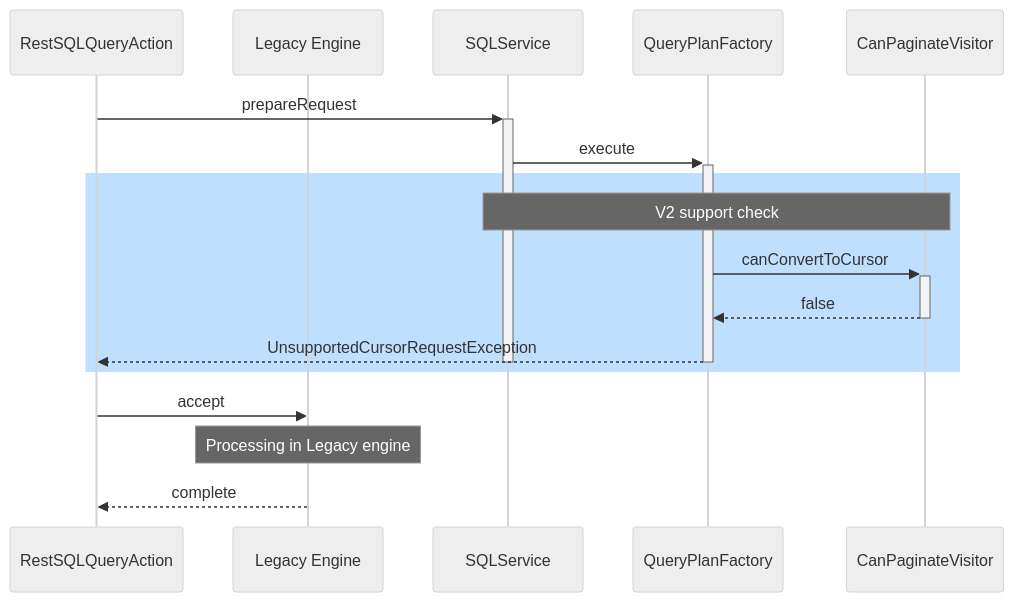
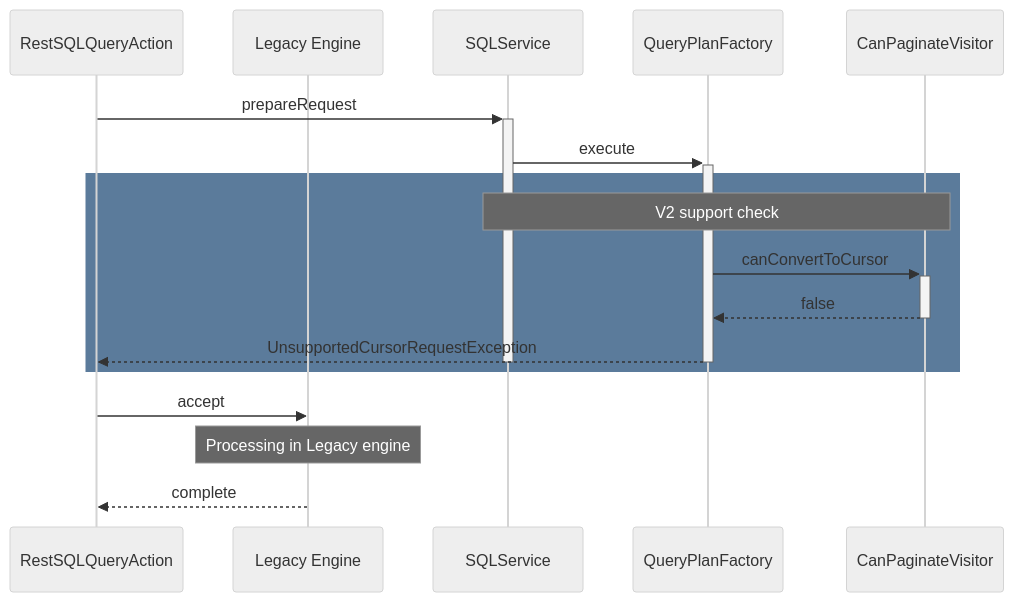
Before and after one commit to opensearch-project/sql: diagram 18 of 22 in docs/dev/Pagination-v2.md, drawn with Mermaid (neutral theme). The commit also changed other lines of this file, not shown here.

````diff
--- a/docs/dev/Pagination-v2.md
+++ b/docs/dev/Pagination-v2.md
@@ -568,21 +571,21 @@
 ```mermaid
 sequenceDiagram
     participant RestSQLQueryAction
     participant Legacy Engine
     participant SQLService
     participant QueryPlanFactory
     participant CanPaginateVisitor
 
 RestSQLQueryAction ->>+ SQLService : prepareRequest
   SQLService ->>+ QueryPlanFactory : execute
-    rect rgb(191, 223, 255)
+    rect rgb(91, 123, 155)
     note over SQLService, CanPaginateVisitor : V2 support check
     QueryPlanFactory ->>+ CanPaginateVisitor : canConvertToCursor
       CanPaginateVisitor -->>- QueryPlanFactory : false
     QueryPlanFactory -->>- RestSQLQueryAction : UnsupportedCursorRequestException
     deactivate SQLService
     end
       RestSQLQueryAction ->> Legacy Engine: accept
       Note over Legacy Engine : Processing in Legacy engine
         Legacy Engine -->> RestSQLQueryAction : complete
 ```
````
